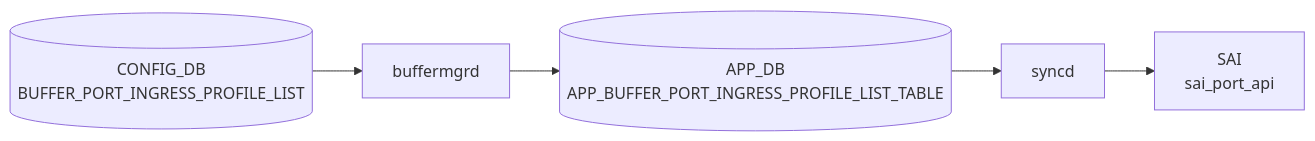
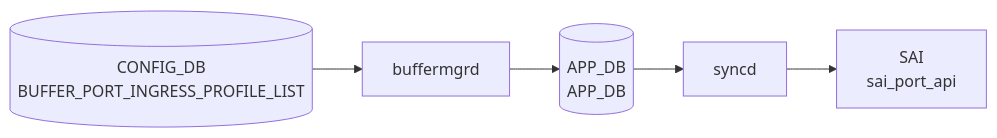
Before and after one commit to aoki-taquan/sonic-unofficial-docs: the diagram in docs/reference/config-db/buffer-port-ingress-profile-list.md, drawn with Mermaid. The commit also changed 12 other files, not shown here.

````diff
--- a/docs/reference/config-db/buffer-port-ingress-profile-list.md
+++ b/docs/reference/config-db/buffer-port-ingress-profile-list.md
@@ -35,12 +35,12 @@
 ```mermaid
 flowchart LR
   CDB[("CONFIG_DB<br/>BUFFER_PORT_INGRESS_PROFILE_LIST")]
   DM["buffermgrd"]
   CDB --> DM
-  APPDB[("APP_DB<br/>APP_BUFFER_PORT_INGRESS_PROFILE_LIST_TABLE")]
+  APPDB[("APP_DB<br/>APP_DB")]
   DM --> APPDB
   SYNCD["syncd"]
   APPDB --> SYNCD
   SAI["SAI<br/>sai_port_api"]
   SYNCD --> SAI
 ```
````
